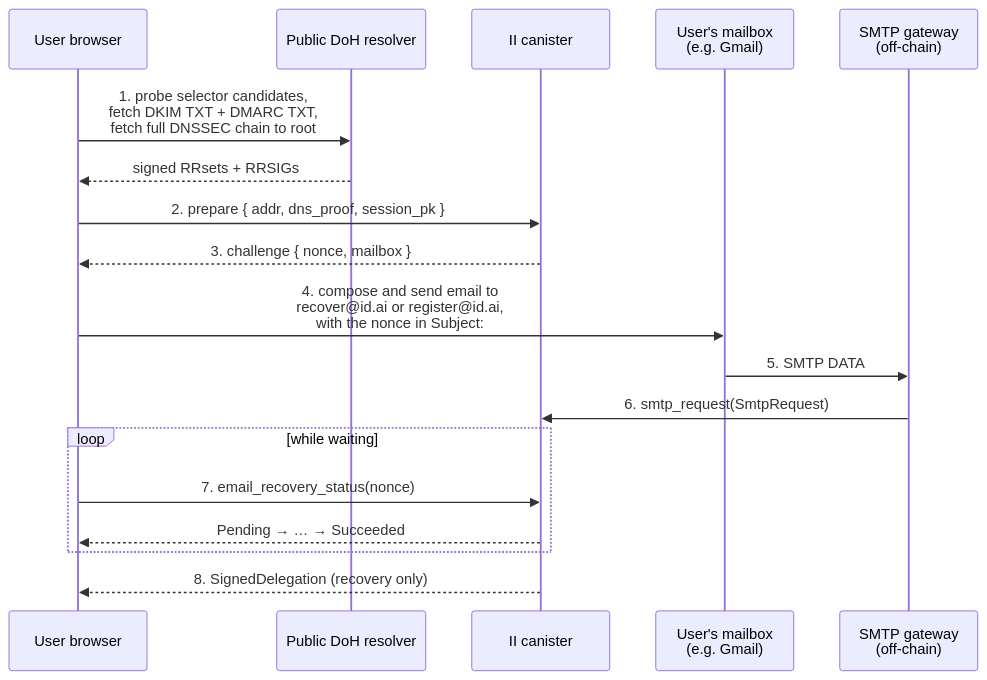
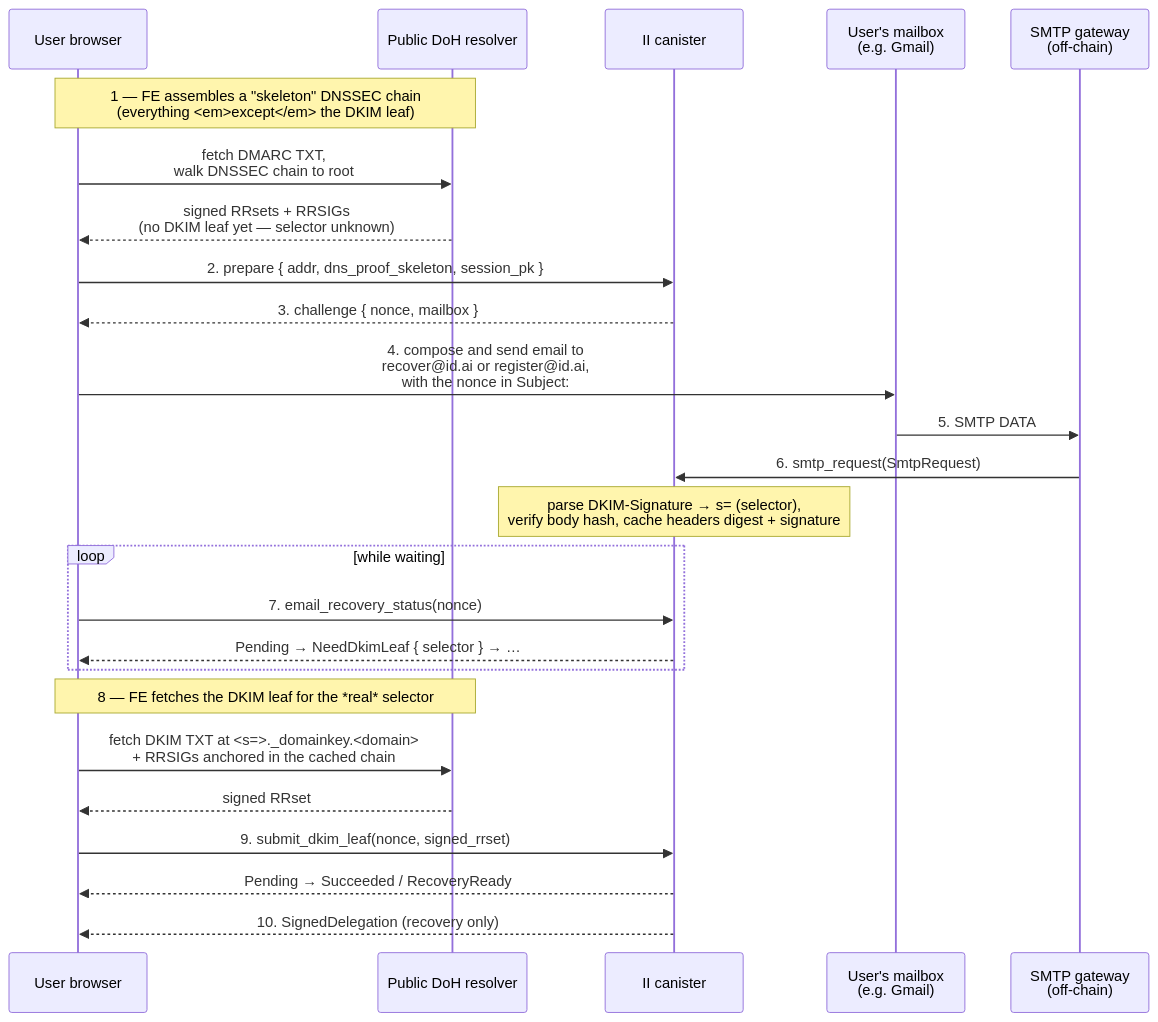
The first of 3 diagrams in docs/ongoing/email-recovery.md (dfinity/internet-identity), drawn with Mermaid before and after one commit. The commit also changed other lines of this file, not shown here.

First line of the commit message:
design(email-recovery): two-phase DNSSEC, no FE selector probing

````diff
--- a/docs/ongoing/email-recovery.md
+++ b/docs/ongoing/email-recovery.md
@@ -208,24 +208,35 @@
 ```mermaid
 sequenceDiagram
     participant User as User browser
     participant DNS as Public DoH resolver
     participant II as II canister
     participant Mail as User's mailbox<br/>(e.g. Gmail)
     participant GW as SMTP gateway<br/>(off-chain)
 
-    User->>DNS: 1. probe selector candidates,<br/>fetch DKIM TXT + DMARC TXT,<br/>fetch full DNSSEC chain to root
-    DNS-->>User: signed RRsets + RRSIGs
+    Note over User,DNS: 1 — FE assembles a "skeleton" DNSSEC chain<br/>(everything <em>except</em> the DKIM leaf)
+    User->>DNS: fetch DMARC TXT,<br/>walk DNSSEC chain to root
+    DNS-->>User: signed RRsets + RRSIGs<br/>(no DKIM leaf yet — selector unknown)
 
-    User->>II: 2. prepare { addr, dns_proof, session_pk }
+    User->>II: 2. prepare { addr, dns_proof_skeleton, session_pk }
     II-->>User: 3. challenge { nonce, mailbox }
 
     User->>Mail: 4. compose and send email to<br/>recover@id.ai or register@id.ai,<br/>with the nonce in Subject:
     Mail->>GW: 5. SMTP DATA
     GW->>II: 6. smtp_request(SmtpRequest)
 
+    Note over II: parse DKIM-Signature → s= (selector),<br/>verify body hash, cache headers digest + signature
+
     loop while waiting
         User->>II: 7. email_recovery_status(nonce)
-        II-->>User: Pending → … → Succeeded
+        II-->>User: Pending → NeedDkimLeaf { selector } → …
     end
-    II-->>User: 8. SignedDelegation (recovery only)
+
+    Note over User,DNS: 8 — FE fetches the DKIM leaf for the *real* selector
+    User->>DNS: fetch DKIM TXT at <s=>._domainkey.<domain><br/>+ RRSIGs anchored in the cached chain
+    DNS-->>User: signed RRset
+
+    User->>II: 9. submit_dkim_leaf(nonce, signed_rrset)
+    II-->>User: Pending → Succeeded / RecoveryReady
+
+    II-->>User: 10. SignedDelegation (recovery only)
 ```
````
